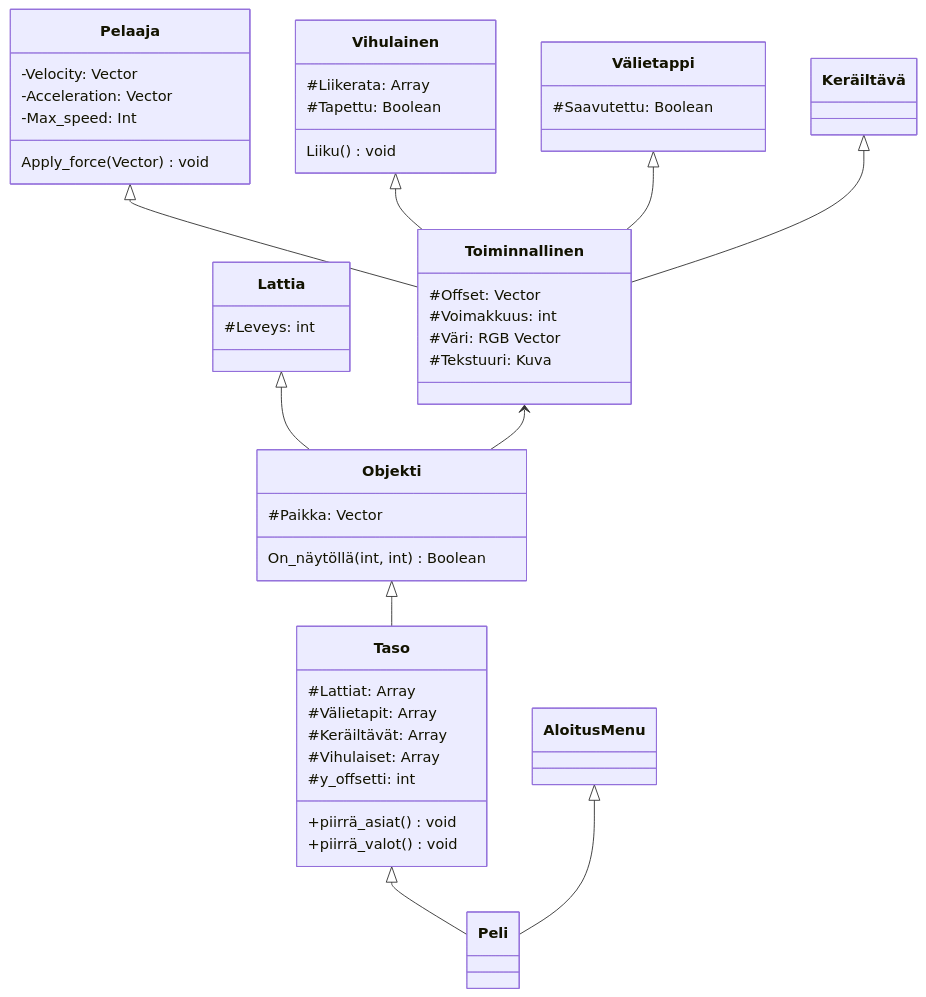
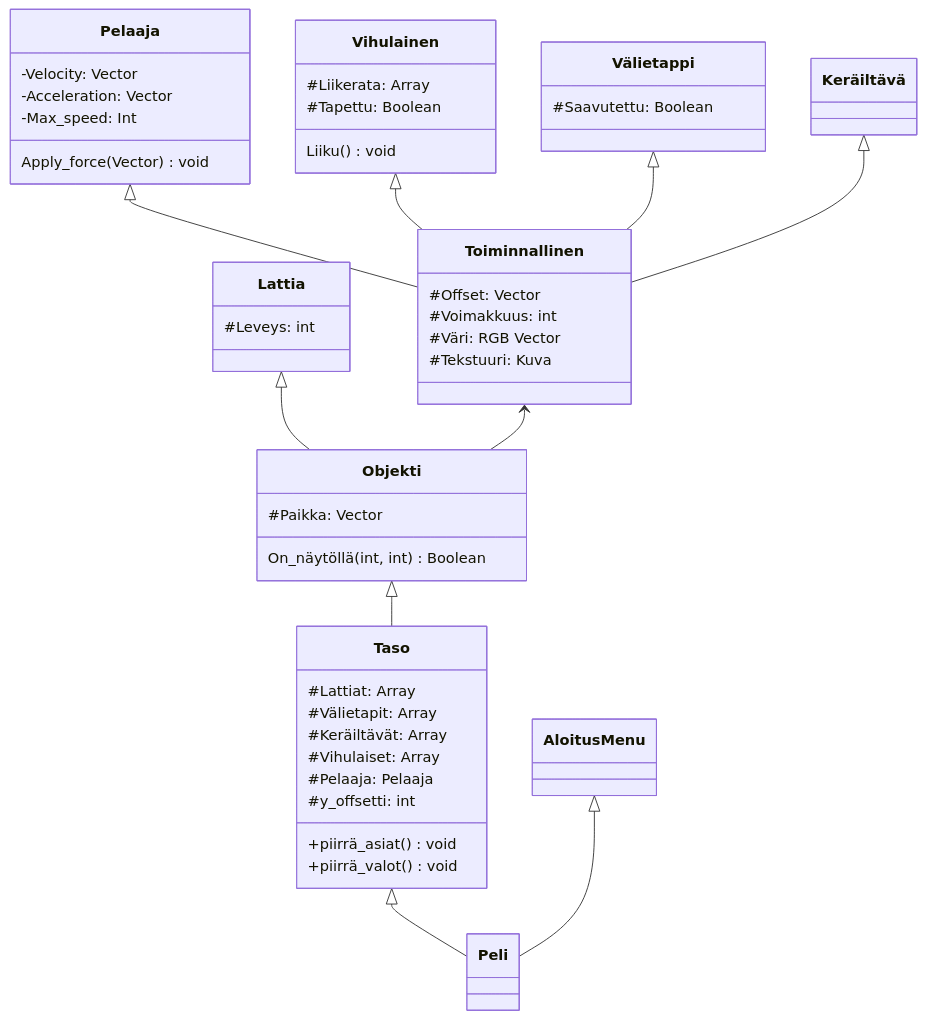
The diagram in Projekti/Dokumentit/Luokat.md (levitesuo/ot-harjoitustyo), drawn with Mermaid before and after one commit.

Commit message:
Pieni muutos luokkakaavioon

````diff
--- a/Projekti/Dokumentit/Luokat.md
+++ b/Projekti/Dokumentit/Luokat.md
@@ -1,68 +1,69 @@
 ```mermaid
 classDiagram
     class Taso {
         #Lattiat: Array
         #Välietapit: Array
         #Keräiltävät: Array
         #Vihulaiset: Array
+        #Pelaaja: Pelaaja
 
         #y_offsetti: int
 
         +piirrä_asiat() void
         +piirrä_valot() void
     }
 
     class Objekti {
         #Paikka: Vector
 
         On_näytöllä(int, int) Boolean
     }
 
 
     class Toiminnallinen {
         #Offset: Vector
         #Voimakkuus: int
         #Väri: RGB Vector
 
         #Tekstuuri: Kuva
     }
 
     class Lattia{
         #Leveys: int
     }
 
     class Välietappi {
         #Saavutettu: Boolean
     }
 
     class Vihulainen {
         #Liikerata: Array
         #Tapettu: Boolean
 
         Liiku() void
     }
 
     class Pelaaja {
         -Velocity: Vector
         -Acceleration: Vector
         -Max_speed: Int
 
         Apply_force(Vector) void
     }
     Pelaaja    <|-- Toiminnallinen
     Vihulainen <|-- Toiminnallinen
 
 
     Lattia     <|-- Objekti
     Välietappi <|-- Toiminnallinen
     Keräiltävä <|-- Toiminnallinen
     
     Toiminnallinen <-- Objekti
     
     Objekti <|-- Taso
 
 
 
     Taso        <|-- Peli
     AloitusMenu <|-- Peli   
 ```
````
